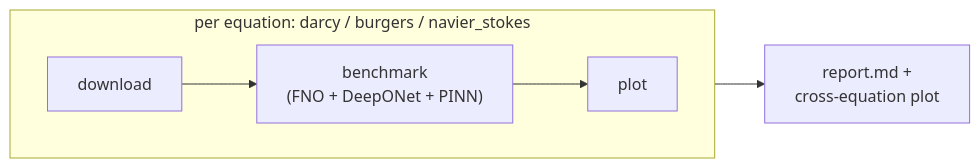
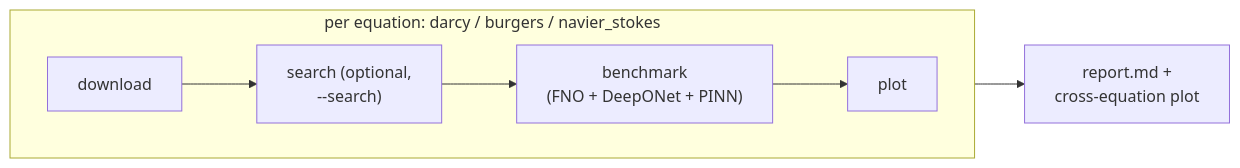
One commit to eljandoubi/FNO changed the diagram in README.md. Above: the diagram before and after it, drawn with Mermaid. The commit also changed other lines of this file and 6 other files, not shown here.

````diff
--- a/README.md
+++ b/README.md
@@ -212,9 +232,10 @@
 ```mermaid
 flowchart LR
     subgraph EQ["per equation: darcy / burgers / navier_stokes"]
         direction LR
-        A[download] --> B["benchmark<br/>(FNO + DeepONet + PINN)"]
+        A[download] --> S["search (optional,\n--search)"]
+        S --> B["benchmark<br/>(FNO + DeepONet + PINN)"]
         B --> C[plot]
     end
     C --> D["report.md +<br/>cross-equation plot"]
 ```
````
